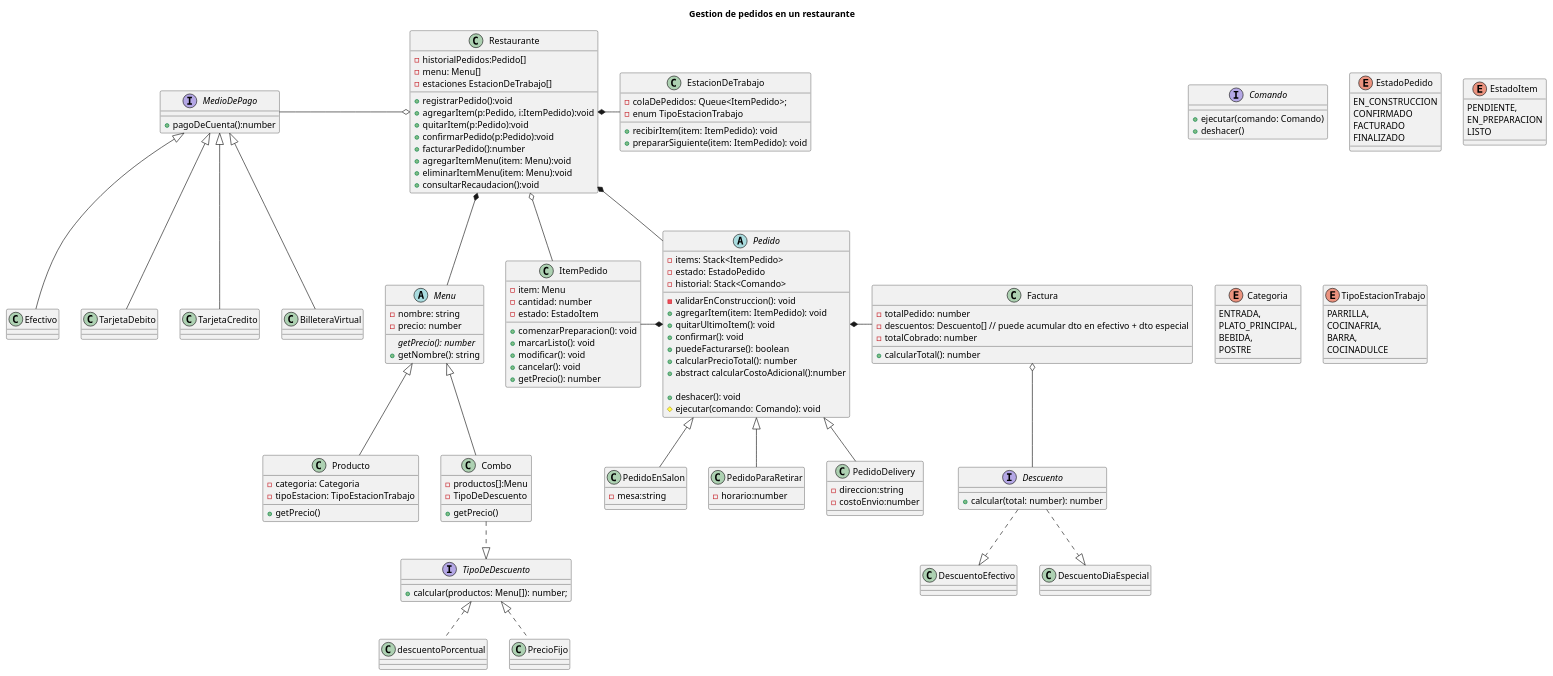
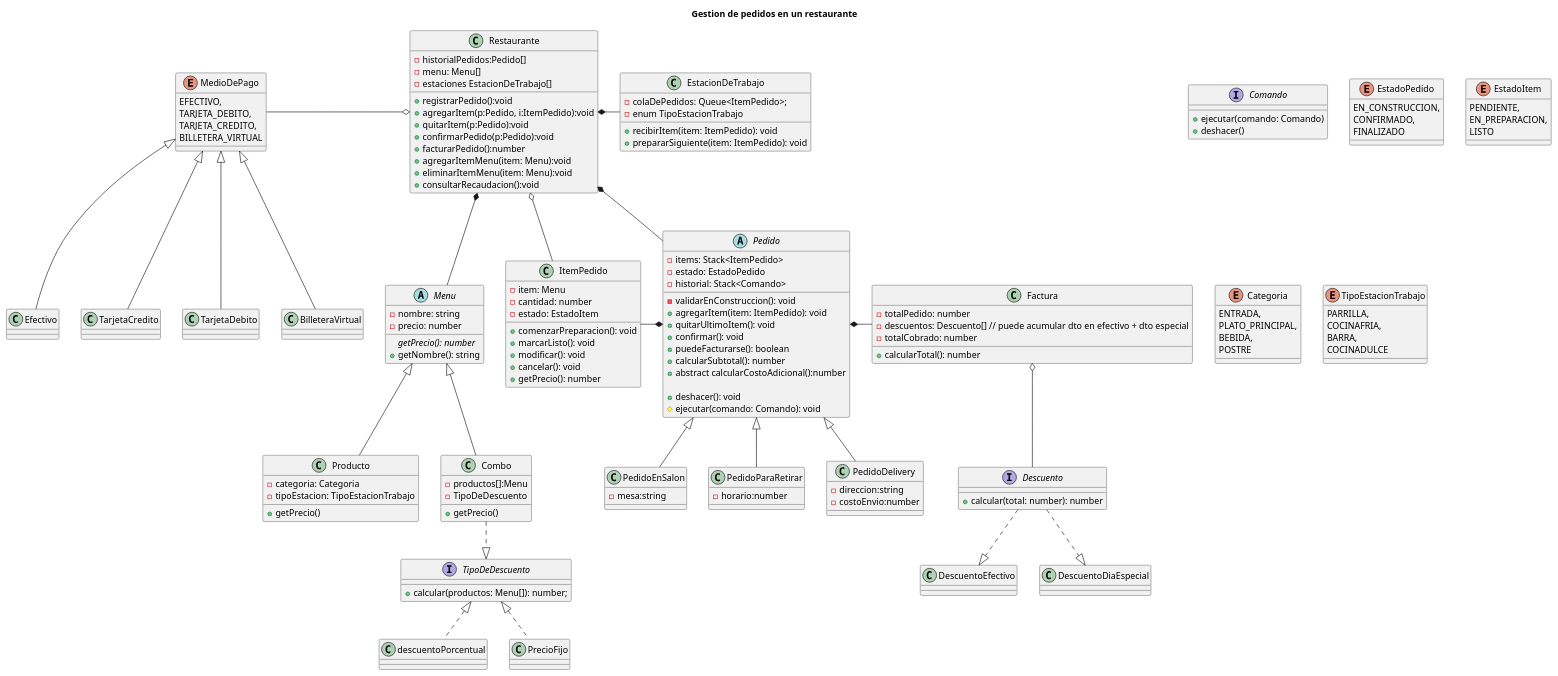
The diagram in diagramas/clases.puml (diegolacosta02/TP-Programacion-II_Grupo-02), drawn with PlantUML before and after one commit. The commit also changed 20 other files, not shown here.

```diff
--- a/diagramas/clases.puml
+++ b/diagramas/clases.puml
@@ -1,181 +1,178 @@
 @startuml Trabajo Practico Programacion 2 Grupo 02 
 
 title Gestion de pedidos en un restaurante 
 
 class Restaurante {
     - historialPedidos:Pedido[]
     - menu: Menu[]
     - estaciones EstacionDeTrabajo[]
 
     + registrarPedido():void
     + agregarItem(p:Pedido, i:ItemPedido):void
     + quitarItem(p:Pedido):void
     + confirmarPedido(p:Pedido):void
     + facturarPedido():number
     + agregarItemMenu(item: Menu):void
     + eliminarItemMenu(item: Menu):void
     + consultarRecaudacion():void
 }
 '--------------------------------------------------------
 interface Comando {
     + ejecutar(comando: Comando)
     + deshacer()
 }
 abstract class Pedido {
     - items: Stack<ItemPedido>
     - estado: EstadoPedido
     - historial: Stack<Comando>
     
     - validarEnConstruccion(): void
     + agregarItem(item: ItemPedido): void
     + quitarUltimoItem(): void
     + confirmar(): void
     + puedeFacturarse(): boolean
-    + calcularPrecioTotal(): number
+    + calcularSubtotal(): number
     + abstract calcularCostoAdicional():number
 
     + deshacer(): void
     # ejecutar(comando: Comando): void
 }
 
 enum EstadoPedido{
-    EN_CONSTRUCCION
-    CONFIRMADO
-    FACTURADO
+    EN_CONSTRUCCION,
+    CONFIRMADO,
     FINALIZADO
 }
 
 class PedidoEnSalon {
     - mesa:string
     
 
 }
 
 class PedidoParaRetirar {
     - horario:number
 
 }
 
 class PedidoDelivery {
     - direccion:string
     - costoEnvio:number
 
 }
 
 class ItemPedido {
     - item: Menu
     - cantidad: number
     - estado: EstadoItem
 
     + comenzarPreparacion(): void
     + marcarListo(): void
     + modificar(): void
     + cancelar(): void
     + getPrecio(): number
 }
 
 enum EstadoItem {
     PENDIENTE,
-    EN_PREPARACION
+    EN_PREPARACION,
     LISTO
 }
 '----------------------------------------------------------
 abstract class Menu {
     - nombre: string
     - precio: number
 
     {abstract} getPrecio(): number
     + getNombre(): string
 }
 
 class Producto {
     - categoria: Categoria
     - tipoEstacion: TipoEstacionTrabajo
 
     + getPrecio()
 }
 
 class Combo {
     - productos[]:Menu
     - TipoDeDescuento
 
     + getPrecio()
 }
 
 enum Categoria {
     ENTRADA,
     PLATO_PRINCIPAL,
     BEBIDA,
     POSTRE
 }
 
 interface TipoDeDescuento {
     + calcular(productos: Menu[]): number;
 }
 class descuentoPorcentual implements TipoDeDescuento{}
 class PrecioFijo implements TipoDeDescuento{}
 '----------------------------------------------------------
 class EstacionDeTrabajo{
     - colaDePedidos: Queue<ItemPedido>;
     - enum TipoEstacionTrabajo
 
     + recibirItem(item: ItemPedido): void
     + prepararSiguiente(item: ItemPedido): void
 }
 enum TipoEstacionTrabajo{
     PARRILLA,
     COCINAFRIA,
     BARRA,
     COCINADULCE
 }
 '----------------------------------------------------------
 class Factura {
     - totalPedido: number
     - descuentos: Descuento[] // puede acumular dto en efectivo + dto especial
     - totalCobrado: number
 
     + calcularTotal(): number
 }
 
-interface MedioDePago {
-    + pagoDeCuenta():number
+enum MedioDePago {
+    EFECTIVO,
+    TARJETA_DEBITO,
+    TARJETA_CREDITO,
+    BILLETERA_VIRTUAL
 }
-class Efectivo{}
-class TarjetaDebito{}
-class TarjetaCredito{}
-class BilleteraVirtual{}
-
 interface Descuento {
     + calcular(total: number): number
 }
 class DescuentoEfectivo
 class DescuentoDiaEspecial
 'Relaciones'
 
 PedidoEnSalon -u-|> Pedido
 PedidoDelivery -u-|> Pedido
 PedidoParaRetirar -u-|> Pedido
 ItemPedido -r-* Pedido
 Factura -l-* Pedido
 Factura o-- Descuento
 
 Combo ..|> TipoDeDescuento
 Combo -u-|> Menu
 Producto -u-|> Menu
 
 Efectivo -u-|> MedioDePago
 TarjetaCredito -u-|> MedioDePago
 TarjetaDebito -u-|> MedioDePago
 BilleteraVirtual -u-|> MedioDePago
 
 Descuento ..|> DescuentoEfectivo
 Descuento ..|> DescuentoDiaEspecial
 
 
 Restaurante *-- Menu
 Restaurante *-r- EstacionDeTrabajo
 Restaurante *-- Pedido
 Restaurante o-l- MedioDePago
 Restaurante o-- ItemPedido
 
 @enduml
```
